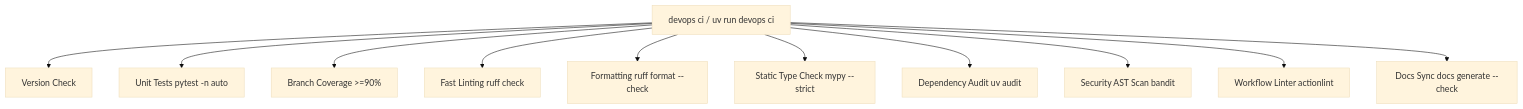
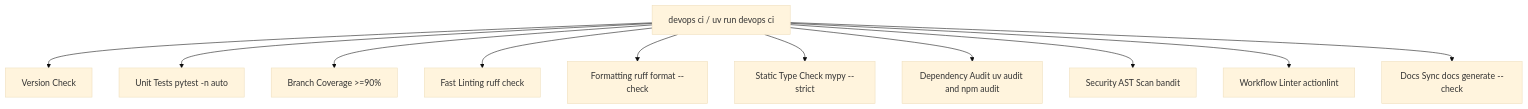
The diagram in src/devops_cli/ai/knowledge_base/devops_cli/tasks/ci_quality_gate.md (dan-petty/devops-cli), drawn with Mermaid (base theme) before and after one commit. The commit also changed other lines of this file and 43 other files, not shown here.

````diff
--- a/src/devops_cli/ai/knowledge_base/devops_cli/tasks/ci_quality_gate.md
+++ b/src/devops_cli/ai/knowledge_base/devops_cli/tasks/ci_quality_gate.md
@@ -11,13 +11,13 @@
 ```mermaid
 graph TD
     A[devops ci / uv run devops ci] --> B[Version Check]
     A --> C[Unit Tests pytest -n auto]
     A --> D[Branch Coverage >=90%]
     A --> E[Fast Linting ruff check]
     A --> F[Formatting ruff format --check]
     A --> G[Static Type Check mypy --strict]
-    A --> H[Dependency Audit uv audit]
+    A --> H[Dependency Audit uv audit and npm audit]
     A --> I[Security AST Scan bandit]
     A --> J[Workflow Linter actionlint]
     A --> K[Docs Sync docs generate --check]
 ```
````
